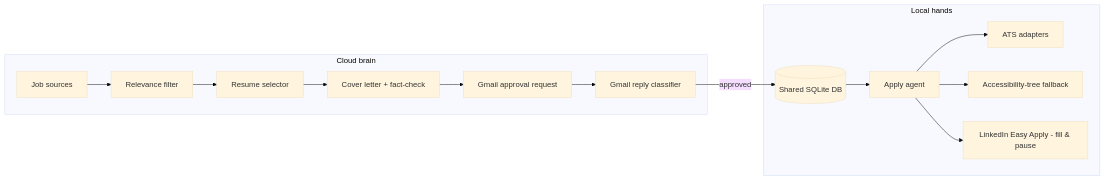
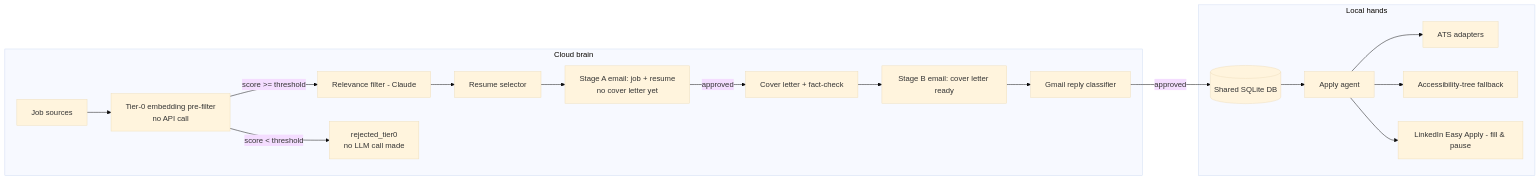
One commit to KKuznetsovV/JobFinder changed the diagram in README.md. Above: the diagram before and after it, drawn with Mermaid (base theme). The commit also changed other lines of this file and 11 other files, not shown here.

````diff
--- a/README.md
+++ b/README.md
@@ -17,17 +20,20 @@
 ```mermaid
 flowchart LR
     subgraph Cloud brain
-        A[Job sources] --> B[Relevance filter]
+        A[Job sources] --> T[Tier-0 embedding pre-filter\nno API call]
+        T -->|score >= threshold| B[Relevance filter - Claude]
+        T -->|score < threshold| Z[rejected_tier0\nno LLM call made]
         B --> C[Resume selector]
-        C --> D[Cover letter + fact-check]
-        D --> E[Gmail approval request]
-        E --> F[Gmail reply classifier]
+        C --> SA[Stage A email: job + resume\nno cover letter yet]
+        SA -->|approved| D[Cover letter + fact-check]
+        D --> SB[Stage B email: cover letter ready]
+        SB --> F[Gmail reply classifier]
     end
     F -->|approved| G[(Shared SQLite DB)]
     subgraph Local hands
         G --> H[Apply agent]
         H --> I[ATS adapters]
         H --> J[Accessibility-tree fallback]
         H --> K[LinkedIn Easy Apply - fill & pause]
     end
 ```
````
